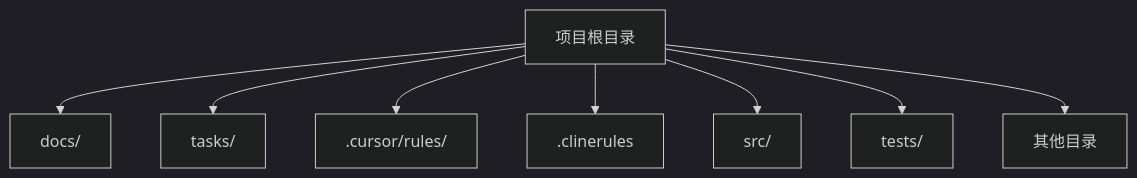
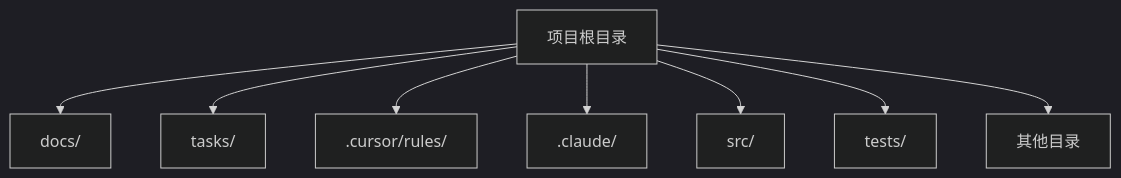
Before and after one commit to lhp0630/rules_template: the diagram in .cursor/rules/directory-structure.mdc, drawn with Mermaid (dark theme). The commit also changed 44 other files, not shown here.

First line of the commit message:
feat: add Claude Code support and remove cline/roo configurations

````diff
--- a/.cursor/rules/directory-structure.mdc
+++ b/.cursor/rules/directory-structure.mdc
@@ -7,11 +7,11 @@
 ```mermaid
 flowchart TD
     Root[项目根目录]
     Root --> Docs[docs/]
     Root --> Tasks[tasks/]
     Root --> Cursor[.cursor/rules/]
-    Root --> CLINE[.clinerules]
+    Root --> Claude[.claude/]
     Root --> SourceCode[src/]
     Root --> Test[tests/]
     Root --> Other[其他目录]
 ```
````
